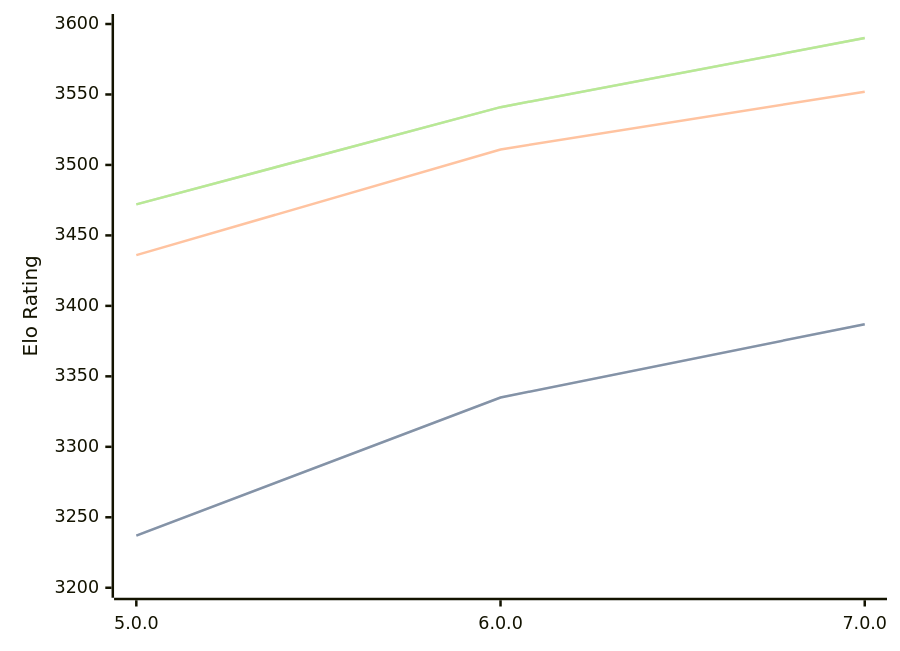
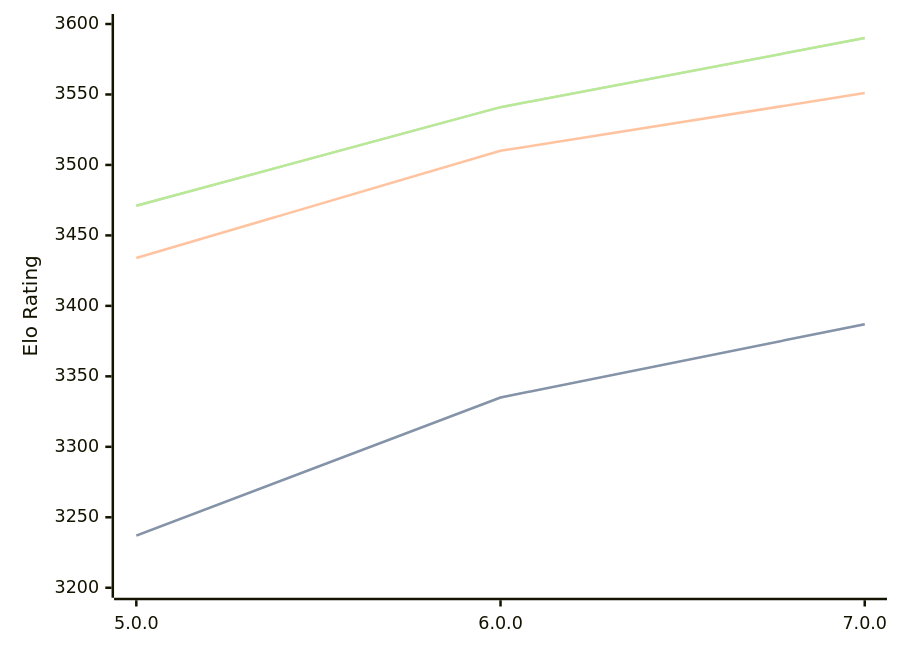
The diagram in engines/Stormphrax.md (computer-chess-index/cci), drawn with Mermaid before and after one commit. The commit also changed other lines of this file, not shown here.

Commit message:
Update CCI Ratings (ELO VLTC) - 2026-03-15

````diff
--- a/engines/Stormphrax.md
+++ b/engines/Stormphrax.md
@@ -36,11 +36,11 @@
 ```mermaid
 %%{init: {"theme":"base","themeVariables":{"seriesColors:['#a3a3a3','#222221','#faa371']}}}%%
 xychart-beta
   x-axis ["5.0.0", "6.0.0", "7.0.0"]
   y-axis "Elo Rating" 3200 --> 3600
   line "STC (8.0+0.08s)" [3237, 3335, 3387]
   line "STC (8.0+0.08s)" [3237, 3335, 3387]
-  line "LTC (60.0+0.60s)" [3436, 3511, 3552]
-  line "VLTC (2m24s+1.12s)" [3472, 3541, 3590]
-  line "VLTC (2m24s+1.12s)" [3472, 3541, 3590]
+  line "LTC (60.0+0.60s)" [3434, 3510, 3551]
+  line "VLTC (2m24s+1.12s)" [3471, 3541, 3590]
+  line "VLTC (2m24s+1.12s)" [3471, 3541, 3590]
 ```
````
